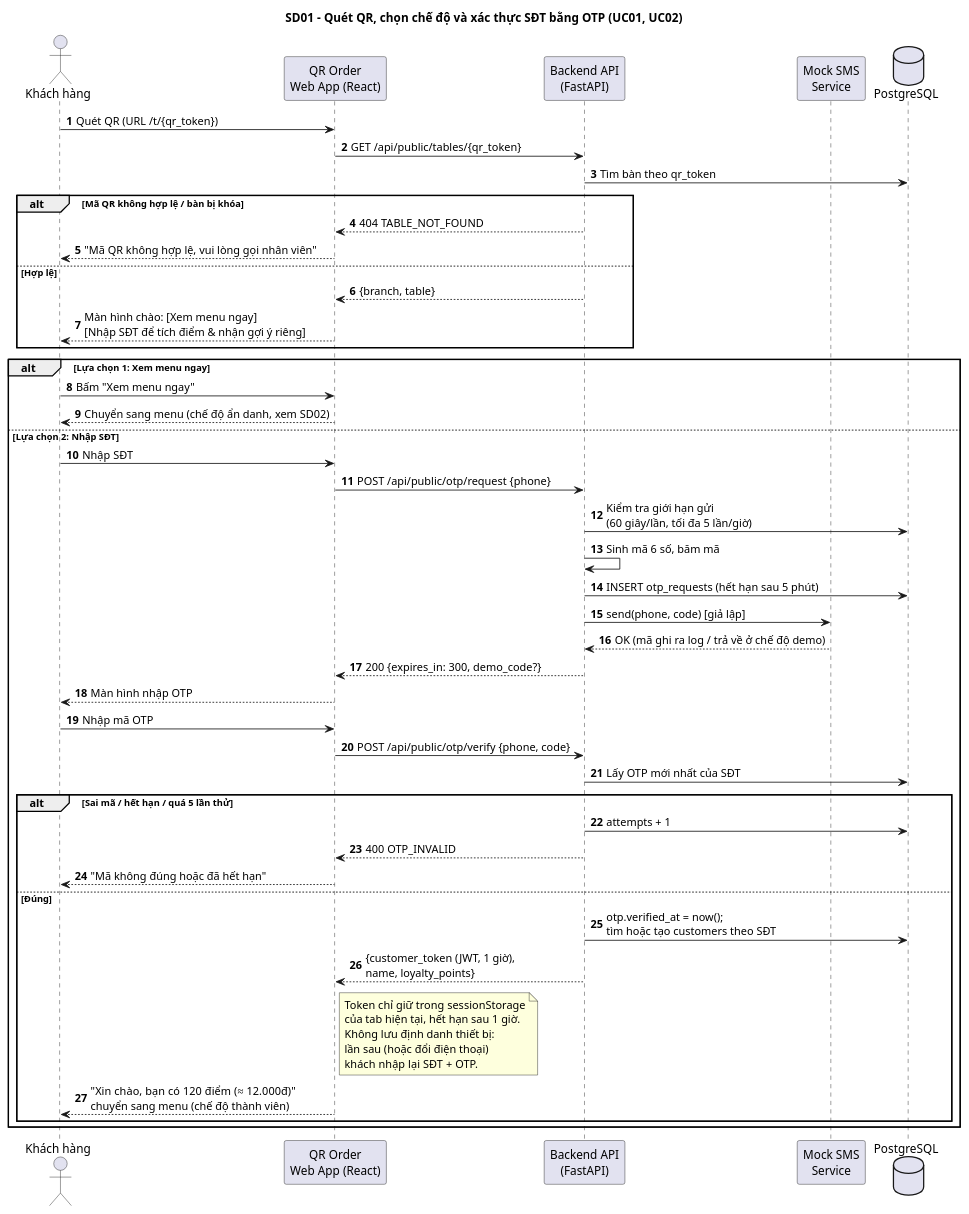
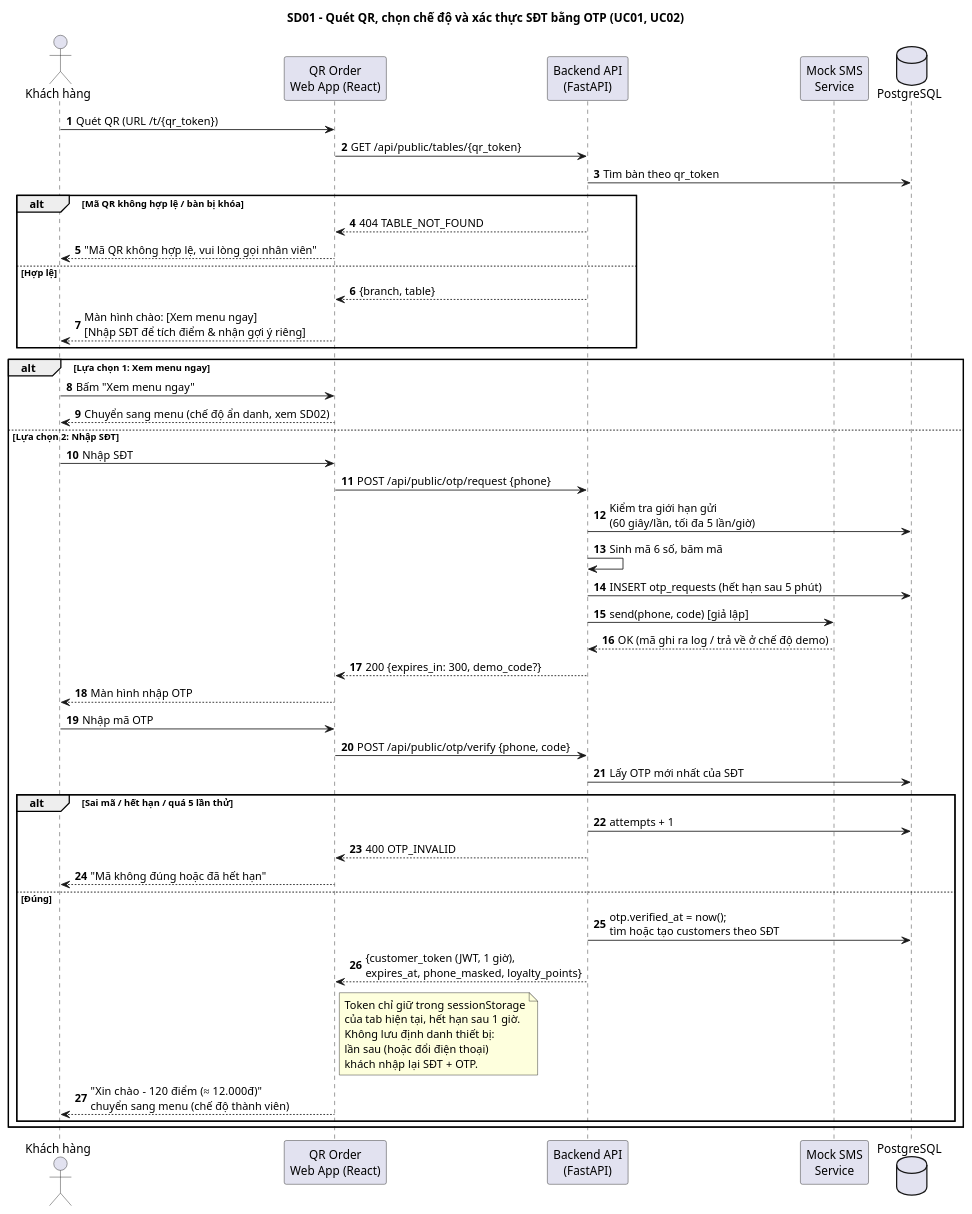
One commit to thanhbinh0493/smartcafe changed the diagram in 1.Bao_cao/Thiet_ke_he_thong/diagrams/src/III_sd01_quet_qr_xac_thuc_otp.puml. Above: the diagram before and after it, drawn with PlantUML. The commit also changed 28 other files, not shown here.

```diff
--- a/1.Bao_cao/Thiet_ke_he_thong/diagrams/src/III_sd01_quet_qr_xac_thuc_otp.puml
+++ b/1.Bao_cao/Thiet_ke_he_thong/diagrams/src/III_sd01_quet_qr_xac_thuc_otp.puml
@@ -1,56 +1,56 @@
 @startuml III_sd01_quet_qr_xac_thuc_otp
 skinparam defaultFontName Arial
 autonumber
 title SD01 - Quét QR, chọn chế độ và xác thực SĐT bằng OTP (UC01, UC02)
 
 actor "Khách hàng" as KH
 participant "QR Order\nWeb App (React)" as FE
 participant "Backend API\n(FastAPI)" as BE
 participant "Mock SMS\nService" as SMS
 database "PostgreSQL" as DB
 
 KH -> FE : Quét QR (URL /t/{qr_token})
 FE -> BE : GET /api/public/tables/{qr_token}
 BE -> DB : Tìm bàn theo qr_token
 alt Mã QR không hợp lệ / bàn bị khóa
   BE --> FE : 404 TABLE_NOT_FOUND
   FE --> KH : "Mã QR không hợp lệ, vui lòng gọi nhân viên"
 else Hợp lệ
   BE --> FE : {branch, table}
   FE --> KH : Màn hình chào: [Xem menu ngay]\n[Nhập SĐT để tích điểm & nhận gợi ý riêng]
 end
 
 alt Lựa chọn 1: Xem menu ngay
   KH -> FE : Bấm "Xem menu ngay"
   FE --> KH : Chuyển sang menu (chế độ ẩn danh, xem SD02)
 else Lựa chọn 2: Nhập SĐT
   KH -> FE : Nhập SĐT
   FE -> BE : POST /api/public/otp/request {phone}
   BE -> DB : Kiểm tra giới hạn gửi\n(60 giây/lần, tối đa 5 lần/giờ)
   BE -> BE : Sinh mã 6 số, băm mã
   BE -> DB : INSERT otp_requests (hết hạn sau 5 phút)
   BE -> SMS : send(phone, code) [giả lập]
   SMS --> BE : OK (mã ghi ra log / trả về ở chế độ demo)
   BE --> FE : 200 {expires_in: 300, demo_code?}
   FE --> KH : Màn hình nhập OTP
   KH -> FE : Nhập mã OTP
   FE -> BE : POST /api/public/otp/verify {phone, code}
   BE -> DB : Lấy OTP mới nhất của SĐT
   alt Sai mã / hết hạn / quá 5 lần thử
     BE -> DB : attempts + 1
     BE --> FE : 400 OTP_INVALID
     FE --> KH : "Mã không đúng hoặc đã hết hạn"
   else Đúng
     BE -> DB : otp.verified_at = now();\ntìm hoặc tạo customers theo SĐT
-    BE --> FE : {customer_token (JWT, 1 giờ),\nname, loyalty_points}
+    BE --> FE : {customer_token (JWT, 1 giờ),\nexpires_at, phone_masked, loyalty_points}
     note right of FE
       Token chỉ giữ trong sessionStorage
       của tab hiện tại, hết hạn sau 1 giờ.
       Không lưu định danh thiết bị:
       lần sau (hoặc đổi điện thoại)
       khách nhập lại SĐT + OTP.
     end note
-    FE --> KH : "Xin chào, bạn có 120 điểm (≈ 12.000đ)"\nchuyển sang menu (chế độ thành viên)
+    FE --> KH : "Xin chào – 120 điểm (≈ 12.000đ)"\nchuyển sang menu (chế độ thành viên)
   end
 end
 @enduml
```
